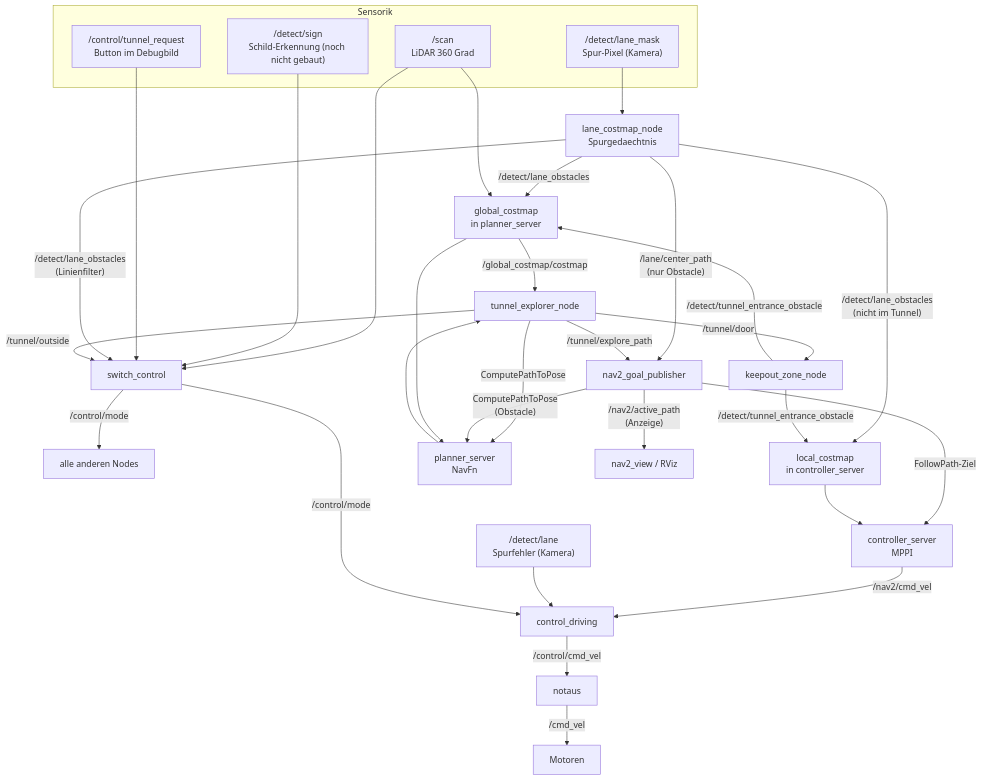
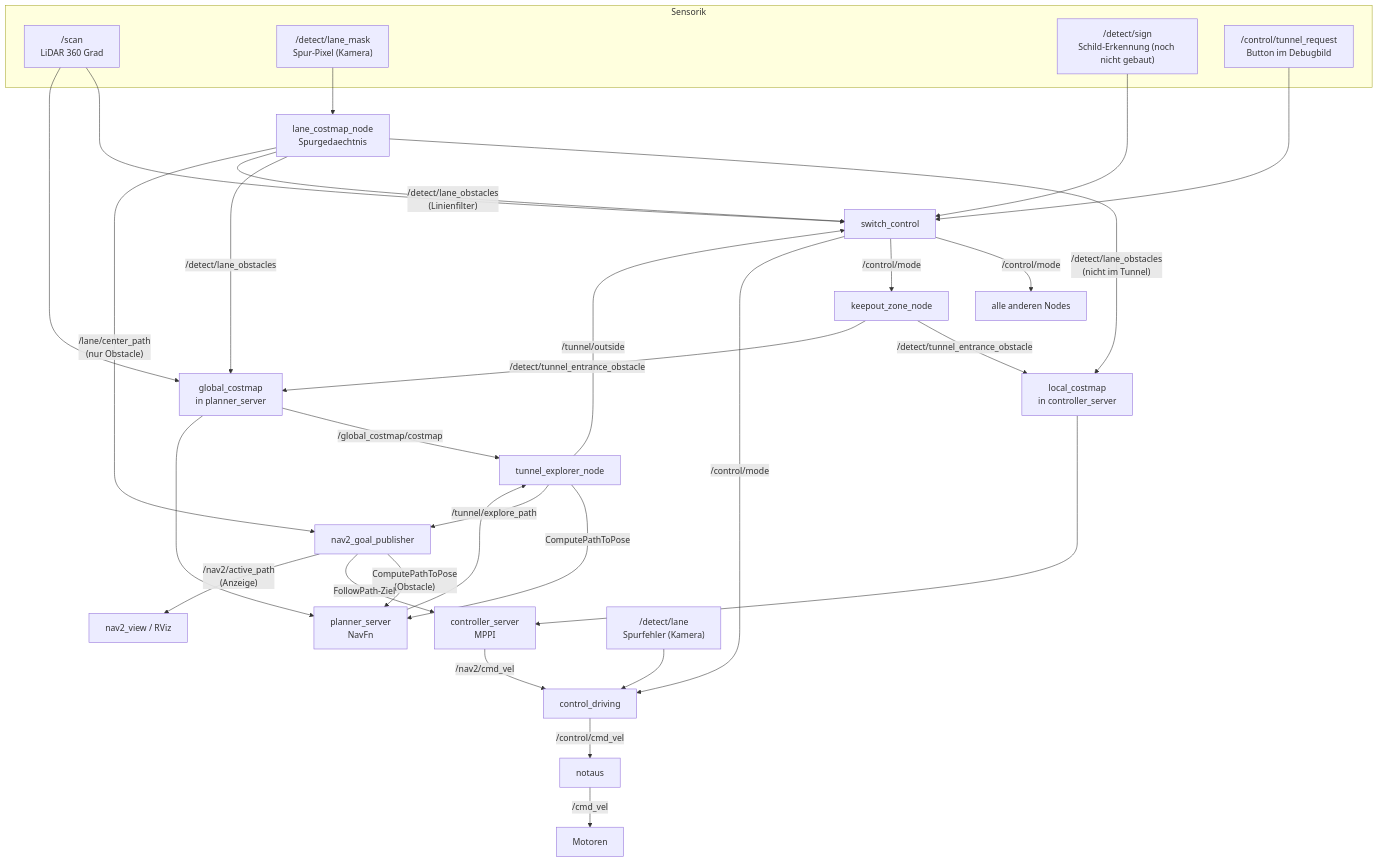
The second of 3 diagrams in docs/Nav2LocalCoastmap_Doku.md (NaiRolF878/TurtleBot3-URMC), drawn with Mermaid before and after one commit. The commit also changed other lines of this file and 1 other file, not shown here.

Commit message:
Nav2-Doku an aktuellen Stand angepasst (1-cm-Raster, Footprint ROBOTIS, Inflation, Mindestbreiten, Tunnel-Regler, Eingangssperre)

````diff
--- a/docs/Nav2LocalCoastmap_Doku.md
+++ b/docs/Nav2LocalCoastmap_Doku.md
@@ -69,42 +69,42 @@
 ```mermaid
 flowchart TB
     subgraph Sensorik
         SCAN["/scan\nLiDAR 360 Grad"]
         LANE["/detect/lane_mask\nSpur-Pixel (Kamera)"]
         SIGN["/detect/sign\nSchild-Erkennung (noch nicht gebaut)"]
         BTN["/control/tunnel_request\nButton im Debugbild"]
     end
 
     SCAN --> SC[switch_control]
     SIGN --> SC
     BTN --> SC
     SC -->|"/control/mode"| ALL[alle anderen Nodes]
 
     LANE --> LCM[lane_costmap_node\nSpurgedaechtnis]
     LCM -->|"/detect/lane_obstacles\n(nicht im Tunnel)"| LC[local_costmap\nin controller_server]
     LCM -->|"/detect/lane_obstacles"| GC[global_costmap\nin planner_server]
     LCM -->|"/detect/lane_obstacles\n(Linienfilter)"| SC
     LCM -->|"/lane/center_path\n(nur Obstacle)"| GP
 
-    TE[tunnel_explorer_node] -->|"/tunnel/door"| KZ[keepout_zone_node]
+    SC -->|"/control/mode"| KZ[keepout_zone_node]
     KZ -->|"/detect/tunnel_entrance_obstacle"| LC
     KZ -->|"/detect/tunnel_entrance_obstacle"| GC
-    TE -->|"/tunnel/outside"| SC
+    TE[tunnel_explorer_node] -->|"/tunnel/outside"| SC
     SCAN --> GC
 
     GC -->|"/global_costmap/costmap"| TE
     TE -->|"ComputePathToPose"| PS[planner_server\nNavFn]
     PS --> TE
     TE -->|"/tunnel/explore_path"| GP[nav2_goal_publisher]
     GP -->|"ComputePathToPose\n(Obstacle)"| PS
     GC --> PS
 
     GP -->|"FollowPath-Ziel"| CS[controller_server\nMPPI]
     GP -->|"/nav2/active_path\n(Anzeige)"| VIEW[nav2_view / RViz]
     LC --> CS
     CS -->|"/nav2/cmd_vel"| CD[control_driving]
     DL["/detect/lane\nSpurfehler (Kamera)"] --> CD
     SC -->|"/control/mode"| CD
     CD -->|"/control/cmd_vel"| NA[notaus]
     NA -->|"/cmd_vel"| MOT[Motoren]
 ```
````
